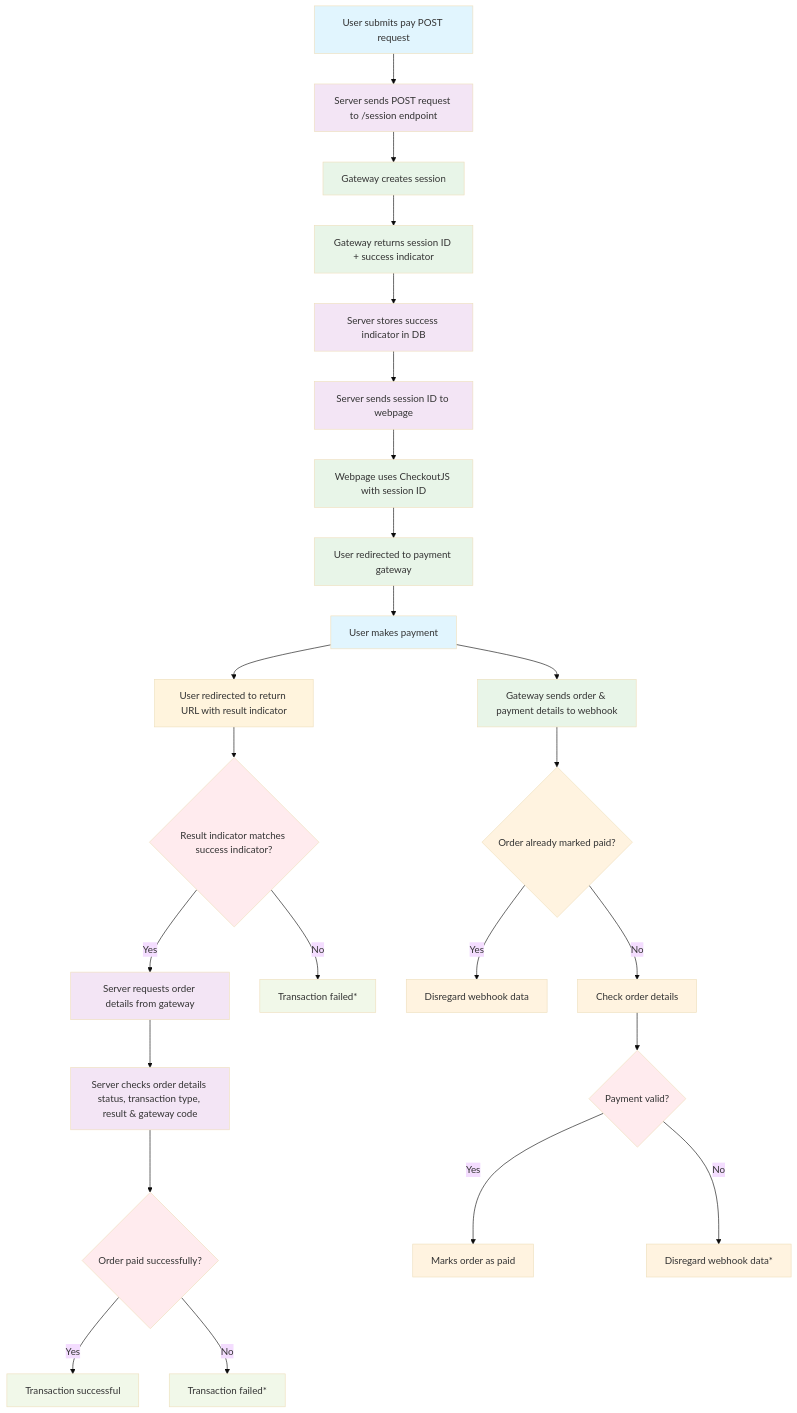
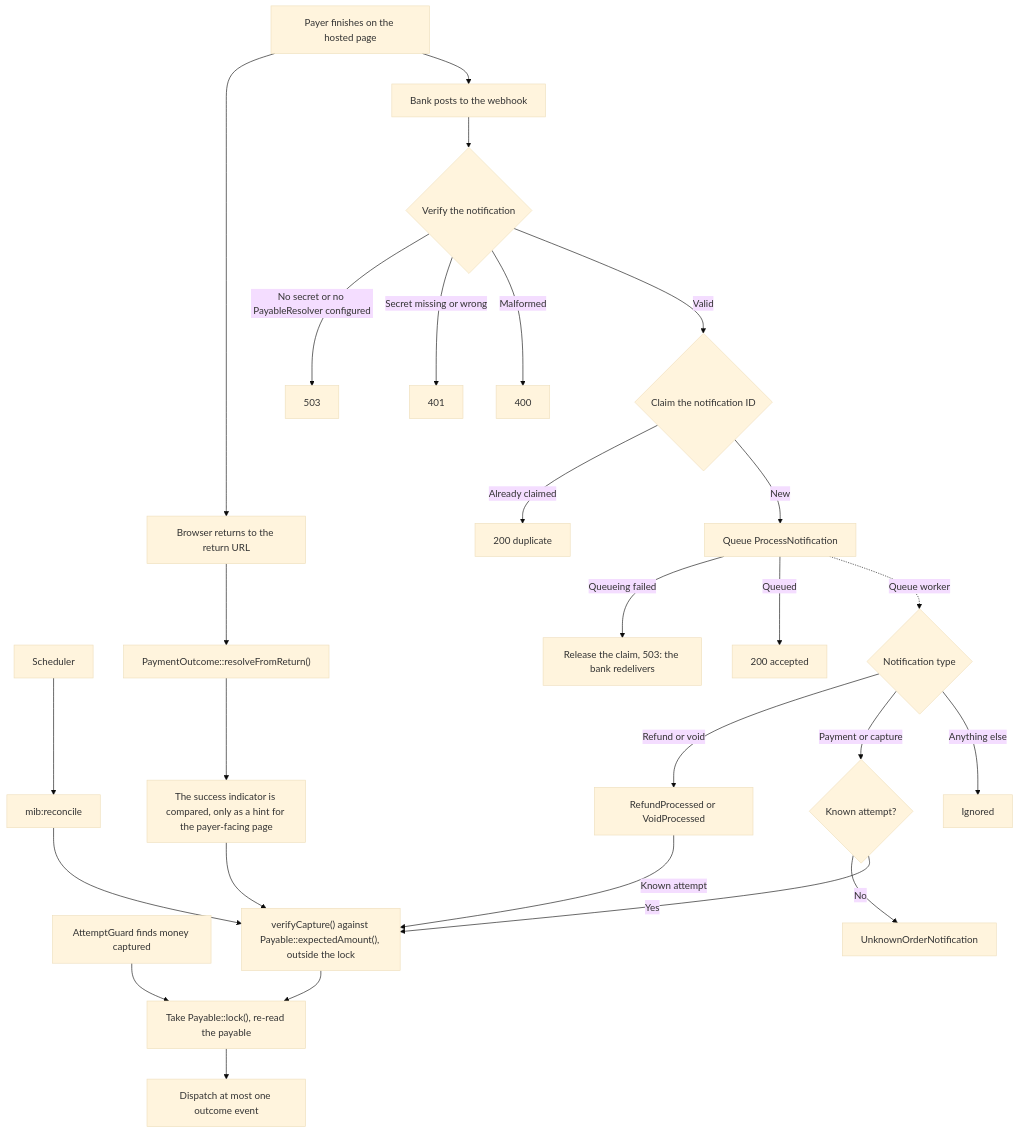
One commit to ibnnajjaar/mib-global-pay changed the second of 2 diagrams in WORKFLOW.md. Above: the diagram before and after it, drawn with Mermaid (base theme). The commit also changed other lines of this file, not shown here.

Commit message:
docs: update WORKFLOW.md for the v2 payment flow

````diff
--- a/WORKFLOW.md
+++ b/WORKFLOW.md
@@ -1,43 +42,32 @@
 ```mermaid
 flowchart TD
-    A[User submits pay POST request] --> B[Server sends POST request to /session endpoint]
-    B --> C[Gateway creates session]
-    C --> D[Gateway returns session ID + success indicator]
-    D --> E[Server stores success indicator in DB]
-    E --> F[Server sends session ID to webpage]
-    F --> G[Webpage uses CheckoutJS with session ID]
-    G --> H[User redirected to payment gateway]
-    H --> I[User makes payment]
-    I --> J[User redirected to return URL with result indicator]
-    J --> K{Result indicator matches success indicator?}
-    K -->|Yes| L[Server requests order details from gateway]
-    K -->|No| M[Transaction failed*]
-    L --> N[Server checks order details status, transaction type, result & gateway code]
-    N --> O{Order paid successfully?}
-    O -->|Yes| P[Transaction successful]
-    O -->|No| Q[Transaction failed*]
-    
-    %% Parallel webhook flow
-    I --> R[Gateway sends order & payment details to webhook]
-    R --> S{Order already marked paid?}
-    S -->|Yes| T[Disregard webhook data]
-    S -->|No| U[Check order details]
-    U --> V{Payment valid?}
-    V -->|Yes| W[Marks order as paid]
-    V -->|No| X[Disregard webhook data*]
-    
-    %% Styling
-    classDef userAction fill:#e1f5fe
-    classDef serverAction fill:#f3e5f5
-    classDef gatewayAction fill:#e8f5e8
-    classDef webhookAction fill:#fff3e0
-    classDef decision fill:#ffebee
-    classDef outcome fill:#f1f8e9
-    
-    class A,I userAction
-    class B,E,F,L,N serverAction
-    class C,D,G,H,R gatewayAction
-    class S,U,T,W,X webhookAction
-    class K,O,V decision
-    class P,Q,M outcome
+    P[Payer finishes on the hosted page] --> R[Browser returns to the return URL]
+    P --> W[Bank posts to the webhook]
+    S[Scheduler] --> X[mib:reconcile]
+    G[AttemptGuard finds money captured] --> L
+
+    R --> R1["PaymentOutcome::resolveFromReturn()"]
+    R1 --> R2["The success indicator is compared, only as a hint for the payer-facing page"]
+    R2 --> V
+
+    W --> W1{Verify the notification}
+    W1 -->|No secret or no PayableResolver configured| W2[503]
+    W1 -->|Secret missing or wrong| W3[401]
+    W1 -->|Malformed| W4[400]
+    W1 -->|Valid| W5{Claim the notification ID}
+    W5 -->|Already claimed| W6[200 duplicate]
+    W5 -->|New| W7[Queue ProcessNotification]
+    W7 -->|Queueing failed| W8[Release the claim, 503: the bank redelivers]
+    W7 -->|Queued| W9[200 accepted]
+    W7 -.->|Queue worker| W10{Notification type}
+    W10 -->|Refund or void| W11["RefundProcessed or VoidProcessed"]
+    W11 -->|Known attempt| V
+    W10 -->|Payment or capture| W12{Known attempt?}
+    W12 -->|No| W13[UnknownOrderNotification]
+    W12 -->|Yes| V
+    W10 -->|Anything else| W14[Ignored]
+
+    X --> V
+    V["verifyCapture() against Payable::expectedAmount(), outside the lock"] --> L
+    L["Take Payable::lock(), re-read the payable"] --> D[Dispatch at most one outcome event]
 ```
````
